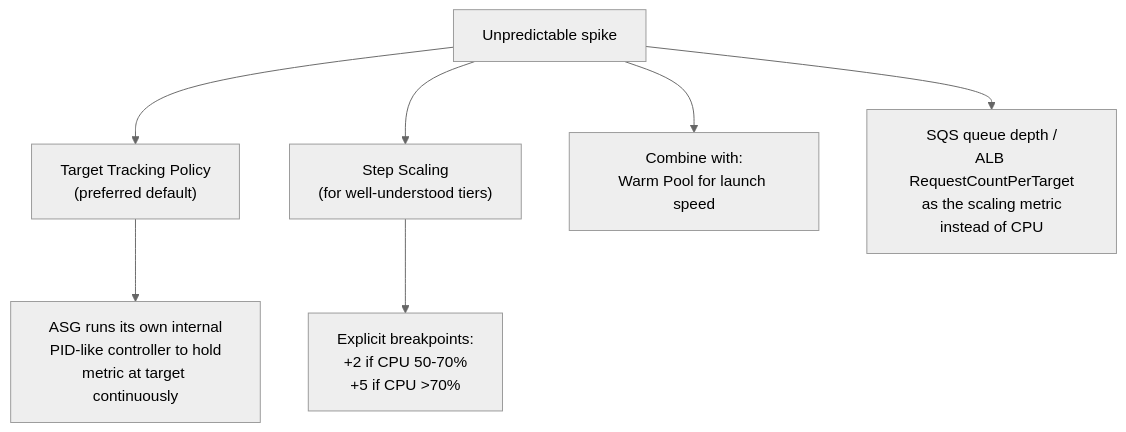
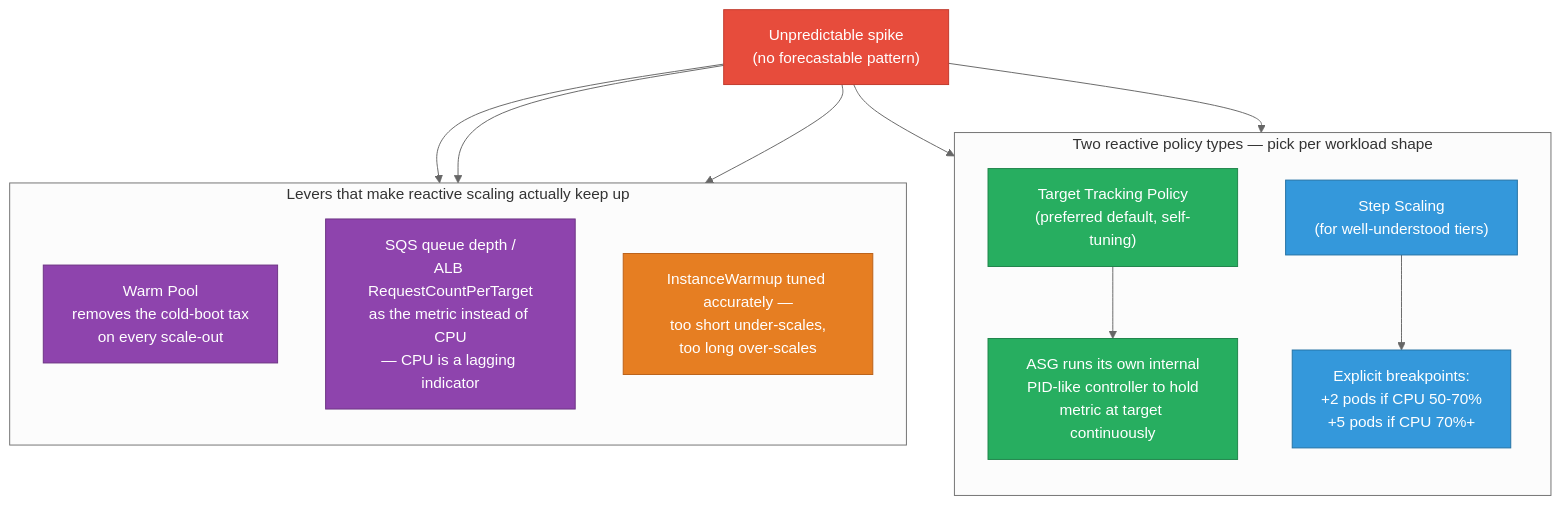
One commit to deepanshu-rawat6/DevOpsIndex changed the seventh of 8 diagrams in sre/scenarios-scheduling-scaling.md. Above: the diagram before and after it, drawn with Mermaid (neutral theme). The commit also changed other lines of this file and 7 other files, not shown here.

````diff
--- a/sre/scenarios-scheduling-scaling.md
+++ b/sre/scenarios-scheduling-scaling.md
@@ -611,9 +624,32 @@
 ```mermaid
 flowchart TD
-    A["Unpredictable spike"] --> B["Target Tracking Policy<br/>(preferred default)"]
-    B --> C["ASG runs its own internal<br/>PID-like controller to hold<br/>metric at target continuously"]
-    A --> D["Step Scaling<br/>(for well-understood tiers)"]
-    D --> E["Explicit breakpoints:<br/>+2 if CPU 50-70%<br/>+5 if CPU >70%"]
-    A --> F["Combine with:<br/>Warm Pool for launch speed"]
-    A --> G["SQS queue depth /<br/>ALB RequestCountPerTarget<br/>as the scaling metric<br/>instead of CPU"]
+    classDef spike fill:#e74c3c,stroke:#c0392b,color:#fff
+    classDef targettrack fill:#27ae60,stroke:#1e8449,color:#fff
+    classDef stepscale fill:#3498db,stroke:#2471a3,color:#fff
+    classDef lever fill:#8e44ad,stroke:#6c3483,color:#fff
+    classDef caution fill:#e67e22,stroke:#ba6018,color:#fff
+
+    A["Unpredictable spike<br/>(no forecastable pattern)"]:::spike
+
+    subgraph REACTIVE["Two reactive policy types — pick per workload shape"]
+        direction TB
+        B["Target Tracking Policy<br/>(preferred default, self-tuning)"]:::targettrack
+        C["ASG runs its own internal<br/>PID-like controller to hold<br/>metric at target continuously"]:::targettrack
+        D["Step Scaling<br/>(for well-understood tiers)"]:::stepscale
+        E["Explicit breakpoints:<br/>+2 pods if CPU 50-70%<br/>+5 pods if CPU 70%+"]:::stepscale
+        B --> C
+        D --> E
+    end
+    A --> B
+    A --> D
+
+    subgraph LEVERS["Levers that make reactive scaling actually keep up"]
+        direction TB
+        F["Warm Pool<br/>removes the cold-boot tax<br/>on every scale-out"]:::lever
+        G["SQS queue depth /<br/>ALB RequestCountPerTarget<br/>as the metric instead of CPU<br/>— CPU is a lagging indicator"]:::lever
+        H["InstanceWarmup tuned accurately —<br/>too short under-scales,<br/>too long over-scales"]:::caution
+    end
+    A --> F
+    A --> G
+    A --> H
 ```
````
